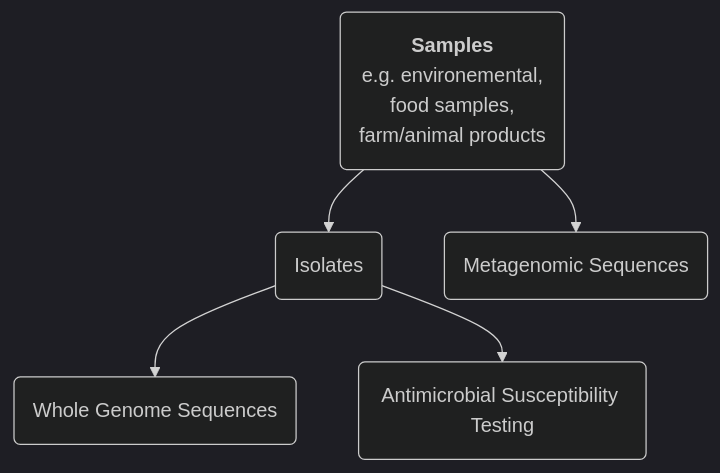
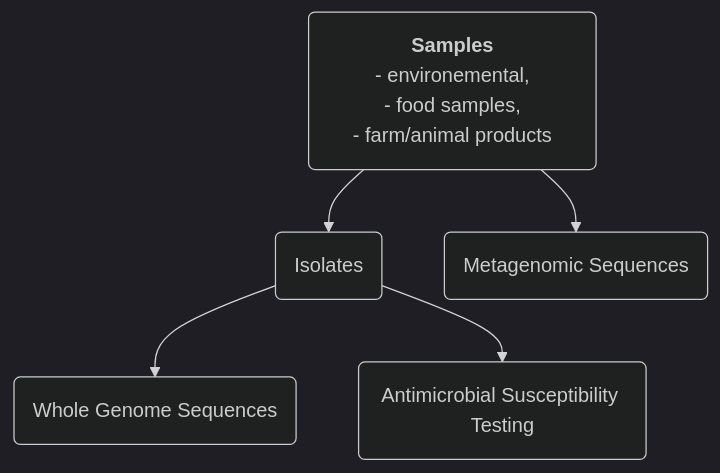
Before and after one commit to grdi-amr/docs-and-SOPs: the diagram in metadata_standards_sop.md, drawn with Mermaid (dark theme).

Commit message:
tests markdown bullet points

````diff
--- a/metadata_standards_sop.md
+++ b/metadata_standards_sop.md
@@ -45,11 +45,11 @@
 ```mermaid
 graph TD;
 
 sam("`**Samples**
-e.g. environemental, 
-food samples, 
-farm/animal products`") --> iso("Isolates") --> wgs("Whole Genome Sequences")
+- environemental,
+- food samples,
+- farm/animal products`") --> iso("Isolates") --> wgs("Whole Genome Sequences")
 sam --> mtg("Metagenomic Sequences")
 iso --> ast("Antimicrobial Susceptibility Testing")
 
 ```
````
